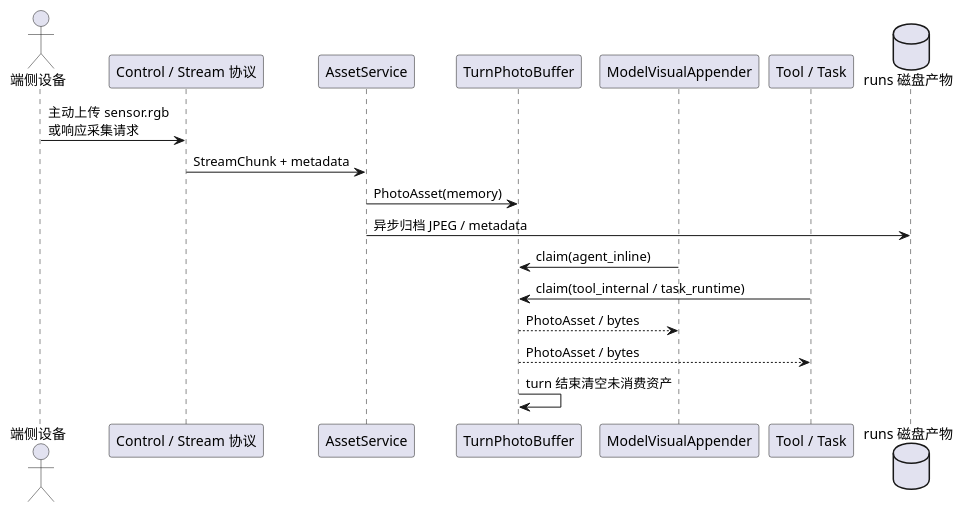
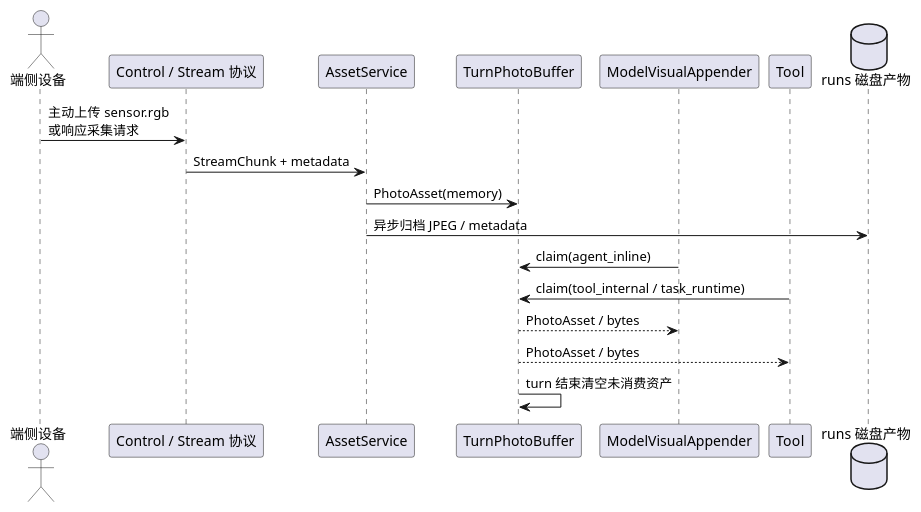
The diagram in agent-server/docs/internal/照片资产处理链路设计.md (HengeLiu/RealtimeAgent), drawn with PlantUML before and after one commit. The commit also changed other lines of this file and 56 other files, not shown here.

````diff
--- a/agent-server/docs/internal/照片资产处理链路设计.md
+++ b/agent-server/docs/internal/照片资产处理链路设计.md
@@ -38,23 +38,23 @@
 ```plantuml
 @startuml
 skinparam componentStyle rectangle
 
 actor "端侧设备" as Device
 participant "Control / Stream 协议" as Protocol
 participant "AssetService" as AssetService
 participant "TurnPhotoBuffer" as Buffer
 participant "ModelVisualAppender" as Appender
-participant "Tool / Task" as Runtime
+participant "Tool" as Runtime
 database "runs 磁盘产物" as Runs
 
 Device -> Protocol : 主动上传 sensor.rgb\n或响应采集请求
 Protocol -> AssetService : StreamChunk + metadata
 AssetService -> Buffer : PhotoAsset(memory)
 AssetService -> Runs : 异步归档 JPEG / metadata
 Appender -> Buffer : claim(agent_inline)
 Runtime -> Buffer : claim(tool_internal / task_runtime)
 Buffer --> Appender : PhotoAsset / bytes
 Buffer --> Runtime : PhotoAsset / bytes
 Buffer -> Buffer : turn 结束清空未消费资产
 @enduml
 ```
````
